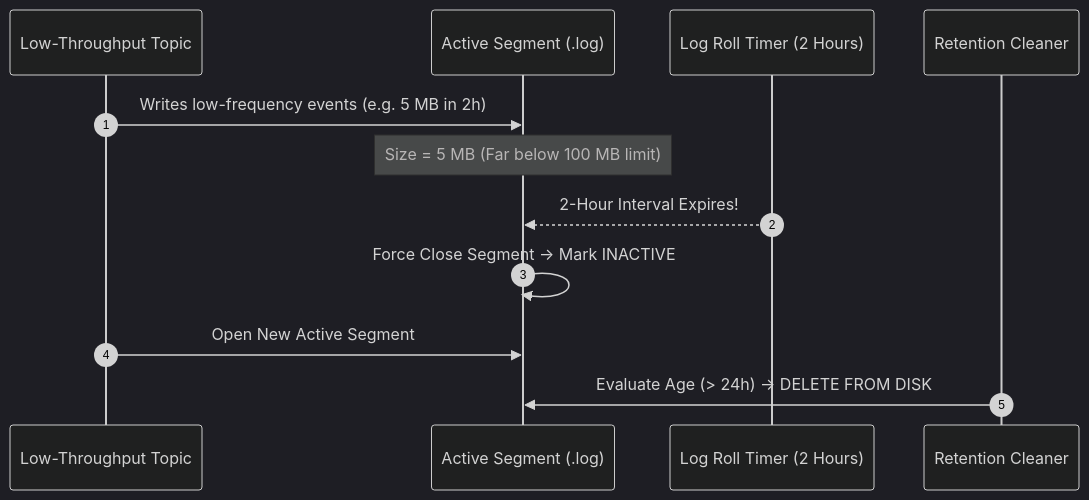
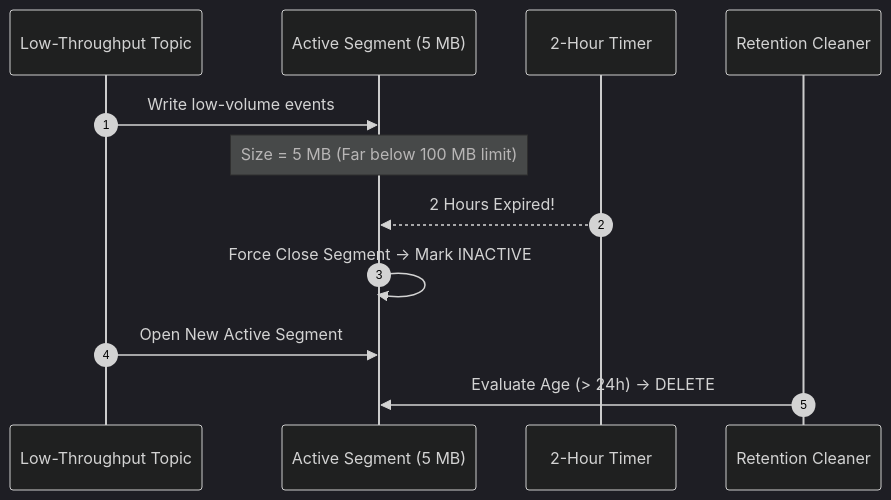
The eighth of 12 diagrams in docs/configDoc/kafka-configuration-guide.md (Chief-Strategist-J/llm-obs-infra), drawn with Mermaid (dark theme) before and after one commit. The commit also changed other lines of this file, not shown here.

Commit message:
docs(kafka): add HLD/LLD diagrams, naming convention origin, and visual parameter breakdowns to kafka-configuration-guide.md

````diff
--- a/docs/configDoc/kafka-configuration-guide.md
+++ b/docs/configDoc/kafka-configuration-guide.md
@@ -190,15 +314,15 @@
 ```mermaid
 sequenceDiagram
     autonumber
     participant Topic as Low-Throughput Topic
-    participant ActiveSeg as Active Segment (.log)
-    participant Timer as Log Roll Timer (2 Hours)
+    participant Active as Active Segment (5 MB)
+    participant Timer as 2-Hour Timer
     participant Cleaner as Retention Cleaner
 
-    Topic->>ActiveSeg: Writes low-frequency events (e.g. 5 MB in 2h)
-    Note over ActiveSeg: Size = 5 MB (Far below 100 MB limit)
-    Timer-->>ActiveSeg: 2-Hour Interval Expires!
-    ActiveSeg->>ActiveSeg: Force Close Segment -> Mark INACTIVE
-    Topic->>ActiveSeg: Open New Active Segment
-    Cleaner->>ActiveSeg: Evaluate Age (> 24h) -> DELETE FROM DISK
+    Topic->>Active: Write low-volume events
+    Note over Active: Size = 5 MB (Far below 100 MB limit)
+    Timer-->>Active: 2 Hours Expired!
+    Active->>Active: Force Close Segment -> Mark INACTIVE
+    Topic->>Active: Open New Active Segment
+    Cleaner->>Active: Evaluate Age (> 24h) -> DELETE
 ```
````
